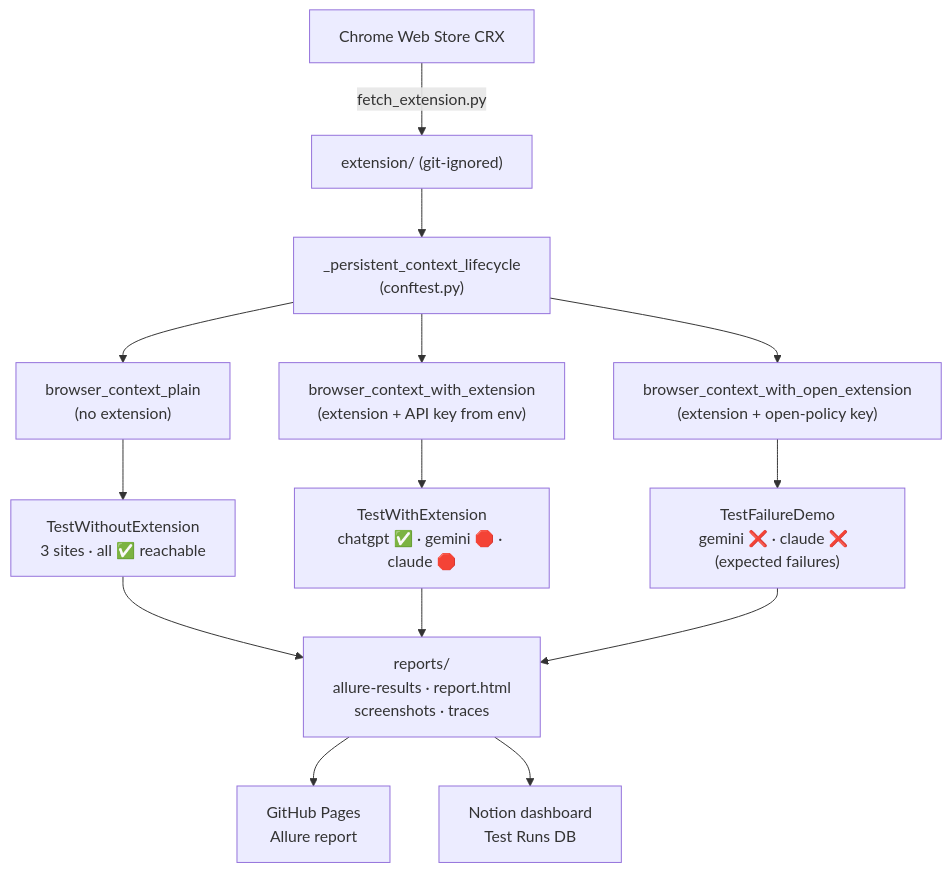
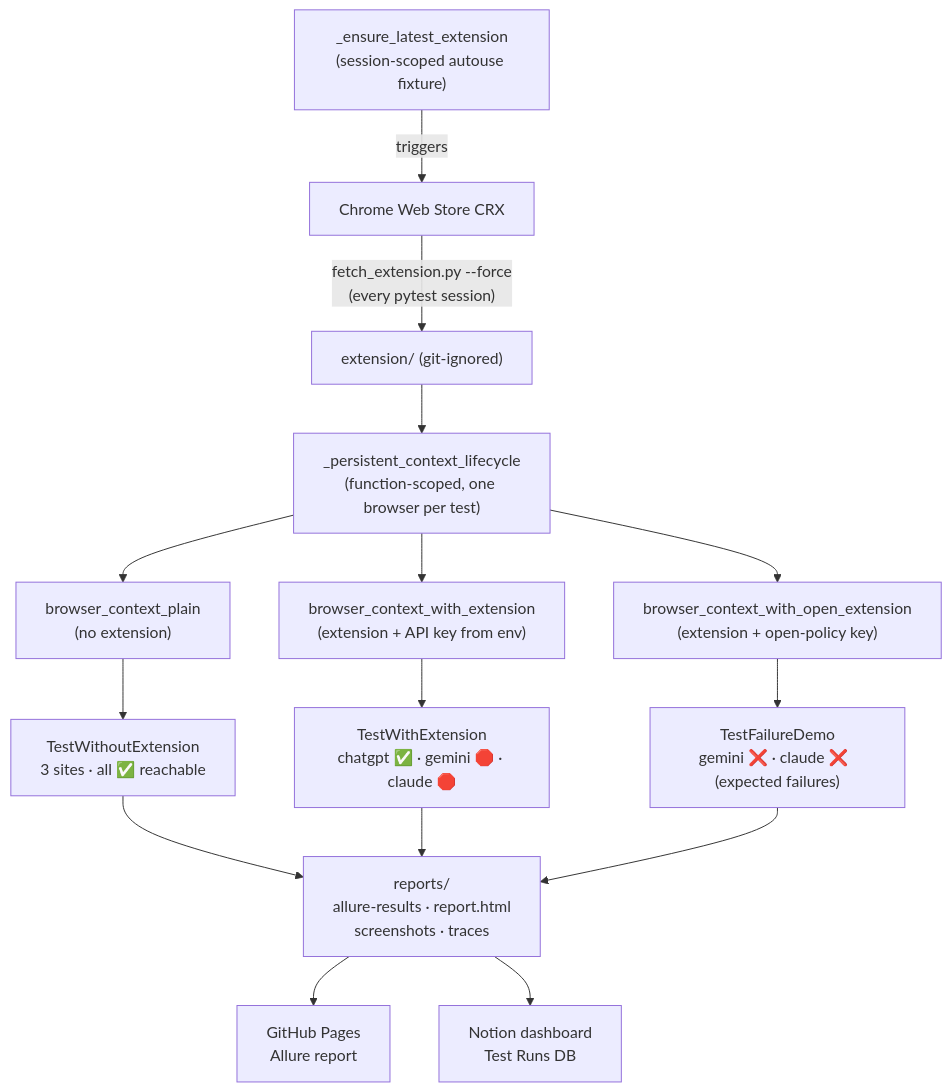
The diagram in README.md (talmalek/prompt-security-home-assignment), drawn with Mermaid before and after one commit. The commit also changed other lines of this file and 1 other file, not shown here.

First line of the commit message:
docs(readme): enhance testing documentation and clarify extension behavior

````diff
--- a/README.md
+++ b/README.md
@@ -201,19 +205,20 @@
 ```mermaid
 flowchart TD
-    CRX["Chrome Web Store CRX"] -- fetch_extension.py --> ExtDir["extension/ (git-ignored)"]
+    CRX["Chrome Web Store CRX"] -- "fetch_extension.py --force\n(every pytest session)" --> ExtDir["extension/ (git-ignored)"]
+    Autouse["_ensure_latest_extension\n(session-scoped autouse fixture)"] -- triggers --> CRX
 
-    ExtDir --> Lifecycle["_persistent_context_lifecycle\n(conftest.py)"]
+    ExtDir --> Lifecycle["_persistent_context_lifecycle\n(function-scoped, one browser per test)"]
     Lifecycle --> Plain["browser_context_plain\n(no extension)"]
     Lifecycle --> WithExt["browser_context_with_extension\n(extension + API key from env)"]
     Lifecycle --> OpenExt["browser_context_with_open_extension\n(extension + open-policy key)"]
 
     Plain --> T1["TestWithoutExtension\n3 sites · all ✅ reachable"]
     WithExt --> T2["TestWithExtension\nchatgpt ✅ · gemini 🛑 · claude 🛑"]
     OpenExt --> T3["TestFailureDemo\ngemini ❌ · claude ❌  (expected failures)"]
 
     T1 --> Reports["reports/\nallure-results · report.html\nscreenshots · traces"]
     T2 --> Reports
     T3 --> Reports
     Reports --> Pages["GitHub Pages\nAllure report"]
     Reports --> Notion["Notion dashboard\nTest Runs DB"]
 ```
````
